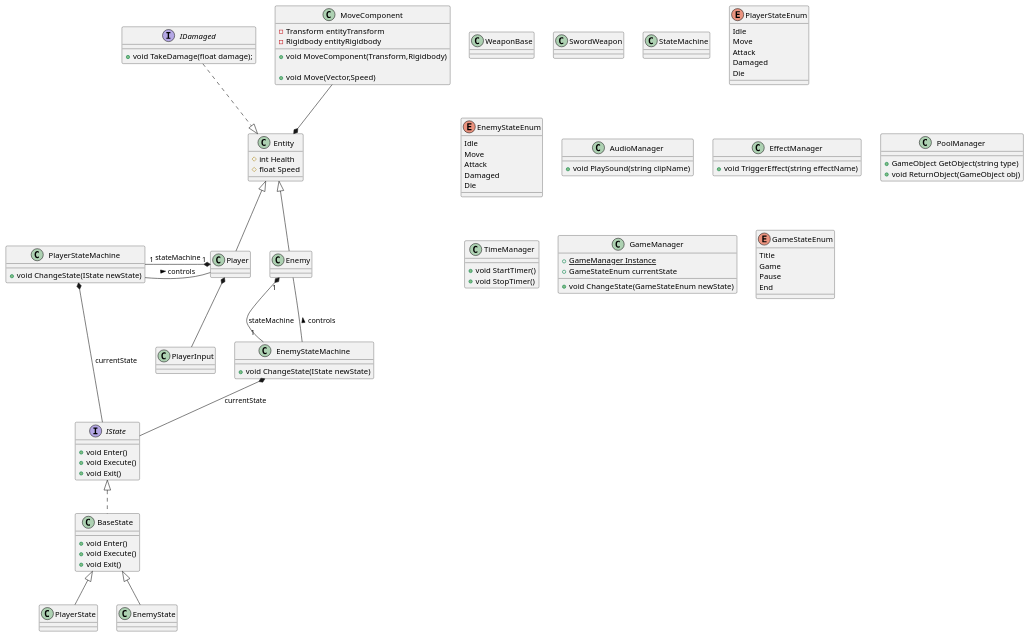
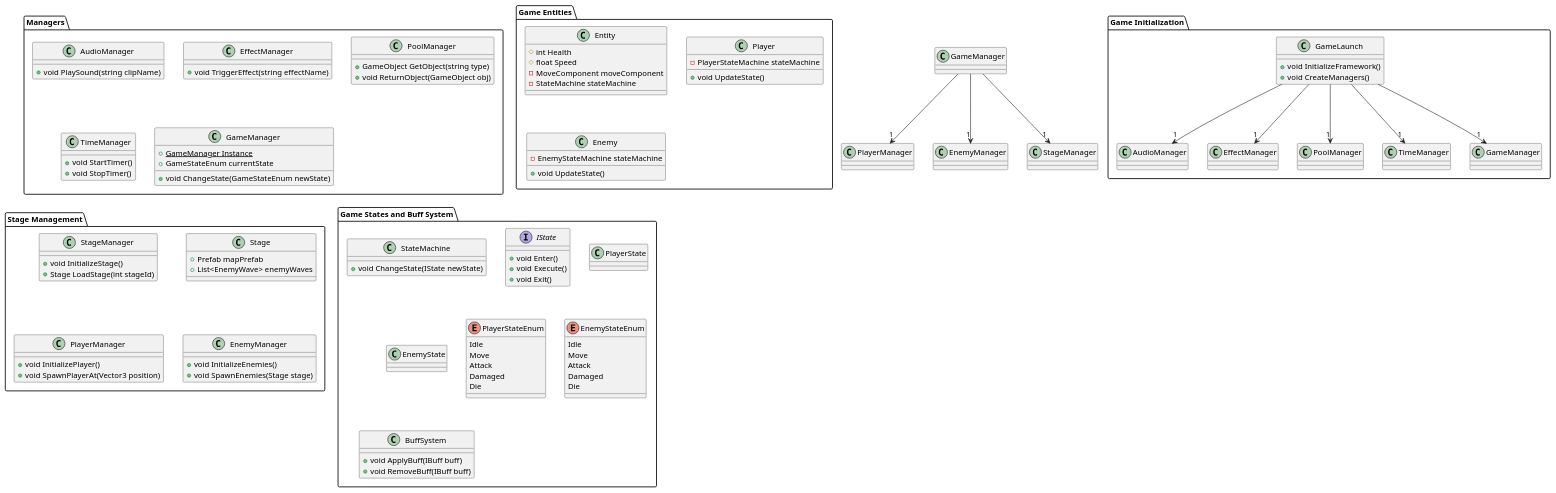
One commit to Shatang0821/TopDownAPRG changed the diagram in Class.pu. Above: the diagram before and after it, drawn with PlantUML. The commit also changed 20 other files, not shown here.

```diff
--- a/Class.pu
+++ b/Class.pu
@@ -1,140 +1,129 @@
-@startuml TopDown
-' キャラクターとそのステートマシン
-class Entity {
-    #int Health
-    #float Speed
+@startuml EnhancedVerticalGameArchitecture
+top to bottom direction
+
+package "Game Initialization" {
+    class GameLaunch {
+        +void InitializeFramework()
+        +void CreateManagers()
+    }
+
+    GameLaunch --> "1" AudioManager
+    GameLaunch --> "1" EffectManager
+    GameLaunch --> "1" PoolManager
+    GameLaunch --> "1" TimeManager
+    GameLaunch --> "1" GameManager
 }
 
-class Player {
+package "Managers" {
+    class AudioManager {
+        +void PlaySound(string clipName)
+    }
+
+    class EffectManager {
+        +void TriggerEffect(string effectName)
+    }
+
+    class PoolManager {
+        +GameObject GetObject(string type)
+        +void ReturnObject(GameObject obj)
+    }
+
+    class TimeManager {
+        +void StartTimer()
+        +void StopTimer()
+    }
+
+    class GameManager {
+        {static} +GameManager Instance
+        +GameStateEnum currentState
+        +void ChangeState(GameStateEnum newState)
+    }
 }
 
-class Enemy {
+package "Game Entities" {
+    class Entity {
+        #int Health
+        #float Speed
+        -MoveComponent moveComponent
+        -StateMachine stateMachine
+    }
+
+    class Player {
+        -PlayerStateMachine stateMachine
+        +void UpdateState()
+    }
+
+    class Enemy {
+        -EnemyStateMachine stateMachine
+        +void UpdateState()
+    }
 }
 
-class PlayerInput{
+GameManager --> "1" PlayerManager
+GameManager --> "1" EnemyManager
+GameManager --> "1" StageManager
 
+package "Stage Management" {
+    class StageManager {
+        +void InitializeStage()
+        +Stage LoadStage(int stageId)
+    }
+
+    class Stage {
+        +Prefab mapPrefab
+        +List<EnemyWave> enemyWaves
+    }
+
+    class PlayerManager {
+        +void InitializePlayer()
+        +void SpawnPlayerAt(Vector3 position)
+    }
+
+    class EnemyManager {
+        +void InitializeEnemies()
+        +void SpawnEnemies(Stage stage)
+    }
 }
 
-class MoveComponent{    
-    -Transform entityTransform
-    -Rigidbody entityRigidbody
-    +void MoveComponent(Transform,Rigidbody)
+package "Game States and Buff System" {
+    ' ステートマシンとステート
+    class StateMachine {
+        +void ChangeState(IState newState)
+    }
 
-    +void Move(Vector,Speed)
-}
+    interface IState {
+        +void Enter()
+        +void Execute()
+        +void Exit()
+    }
 
-interface IDamaged{
-    +void TakeDamage(float damage);
-}
+    class PlayerState {
+    }
 
-Entity *-up- MoveComponent
-Entity <|.up. IDamaged
+    class EnemyState {
+    }
 
-Entity <|-- Player
-Entity <|-- Enemy
+    enum PlayerStateEnum {
+        Idle
+        Move
+        Attack
+        Damaged
+        Die
+    }
 
-Player *-down- PlayerInput
+    enum EnemyStateEnum {
+        Idle
+        Move
+        Attack
+        Damaged
+        Die
+    }
 
-interface IState {
-    +void Enter()
-    +void Execute()
-    +void Exit()
-}
-
-class BaseState {
-    +void Enter()
-    +void Execute()
-    +void Exit()
-}
-
-
-' 武器ベース
-class WeaponBase{
-
-}
-' 剣
-class SwordWeapon{
-    
-}
-
-class StateMachine{
-
-}
-
-BaseState .up.|> IState
-
-class PlayerState {
-}
-
-enum PlayerStateEnum{
-    Idle
-    Move
-    Attack
-    Damaged
-    Die
-}
-
-class EnemyState {
-}
-
-enum EnemyStateEnum{
-    Idle
-    Move
-    Attack
-    Damaged
-    Die
-}
-
-PlayerState -up-|> BaseState
-EnemyState -up-|> BaseState
-
-class PlayerStateMachine {
-    +void ChangeState(IState newState)
-}
-
-class EnemyStateMachine {
-    +void ChangeState(IState newState)
-}
-
-PlayerStateMachine -right- Player : controls >
-EnemyStateMachine -- Enemy : controls >
-
-Player "1" *-- "1" PlayerStateMachine : stateMachine
-Enemy "1" *-- "1" EnemyStateMachine : stateMachine
-
-PlayerStateMachine *-- IState : currentState
-EnemyStateMachine *-- IState : currentState
-
-' マネージャー
-class AudioManager {
-    +void PlaySound(string clipName)
-}
-
-class EffectManager {
-    +void TriggerEffect(string effectName)
-}
-
-class PoolManager {
-    +GameObject GetObject(string type)
-    +void ReturnObject(GameObject obj)
-}
-
-class TimeManager {
-    +void StartTimer()
-    +void StopTimer()
-}
-
-class GameManager {
-    {static} +GameManager Instance
-    +GameStateEnum currentState
-    +void ChangeState(GameStateEnum newState)
-}
-
-enum GameStateEnum{
-    Title
-    Game
-    Pause
-    End
+    ' バフシステム
+    class BuffSystem {
+        +void ApplyBuff(IBuff buff)
+        +void RemoveBuff(IBuff buff)
+    }
 }
 
 @enduml
```
